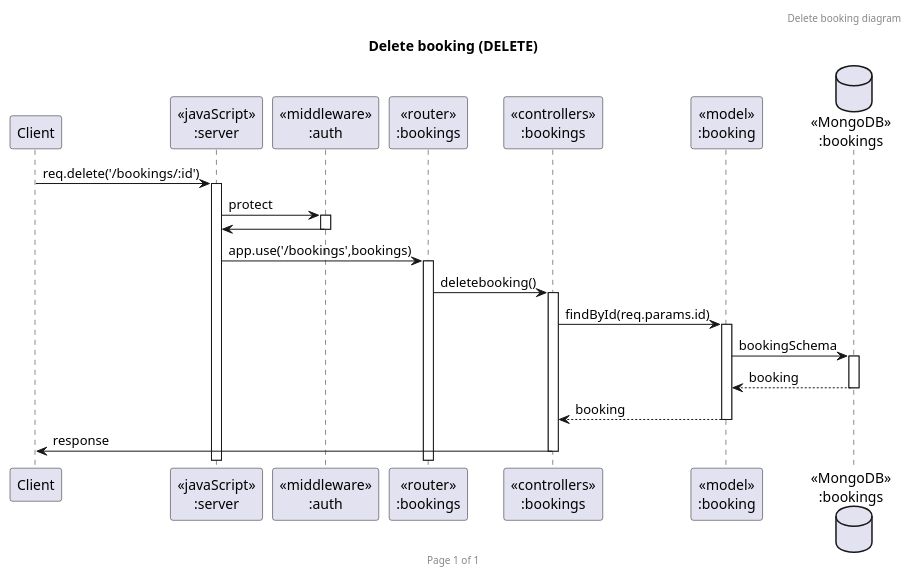
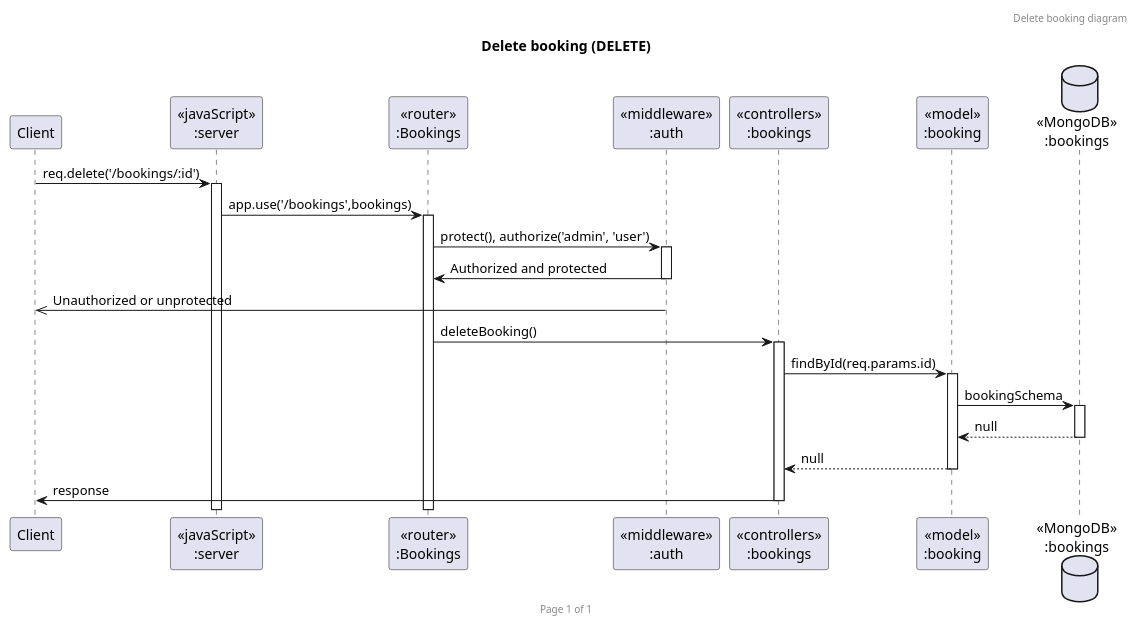
The diagram in Puml/deleteBooking.puml (2110503TACEDT66/presentation-day-1-samrongsquad), drawn with PlantUML before and after one commit. The commit also changed 9 other files, not shown here.

```diff
--- a/Puml/deleteBooking.puml
+++ b/Puml/deleteBooking.puml
@@ -1,26 +1,27 @@
 @startuml Delete booking (DELETE)
 
 header Delete booking diagram
 footer Page %page% of %lastpage%
 title "Delete booking (DELETE)"
 
 participant "Client" as client
 participant "<<javaScript>>\n:server" as server
+participant "<<router>>\n:Bookings" as routerBookings
 participant "<<middleware>>\n:auth" as middlewareAuth
-participant "<<router>>\n:bookings" as routerbookings
 participant "<<controllers>>\n:bookings" as controllersbookings
 participant "<<model>>\n:booking" as modelbooking
 database "<<MongoDB>>\n:bookings" as bookingsDatabase
 
 client->server ++:req.delete('/bookings/:id')
-server->middlewareAuth ++:protect
-middlewareAuth->server --:
-server->routerbookings ++:app.use('/bookings',bookings)
-routerbookings -> controllersbookings ++:deletebooking()
+server->routerBookings ++:app.use('/bookings',bookings)
+routerBookings->middlewareAuth ++: protect(), authorize('admin', 'user')
+middlewareAuth->routerBookings --: Authorized and protected
+middlewareAuth ->> client --: Unauthorized or unprotected
+routerBookings -> controllersbookings ++:deleteBooking()
 controllersbookings->modelbooking ++:findById(req.params.id)
 modelbooking ->bookingsDatabase ++: bookingSchema
-bookingsDatabase --> modelbooking --: booking
-controllersbookings <-- modelbooking --:booking
+bookingsDatabase --> modelbooking --: null
+controllersbookings <-- modelbooking --:null
 controllersbookings->client --:response
 
 @enduml
```
